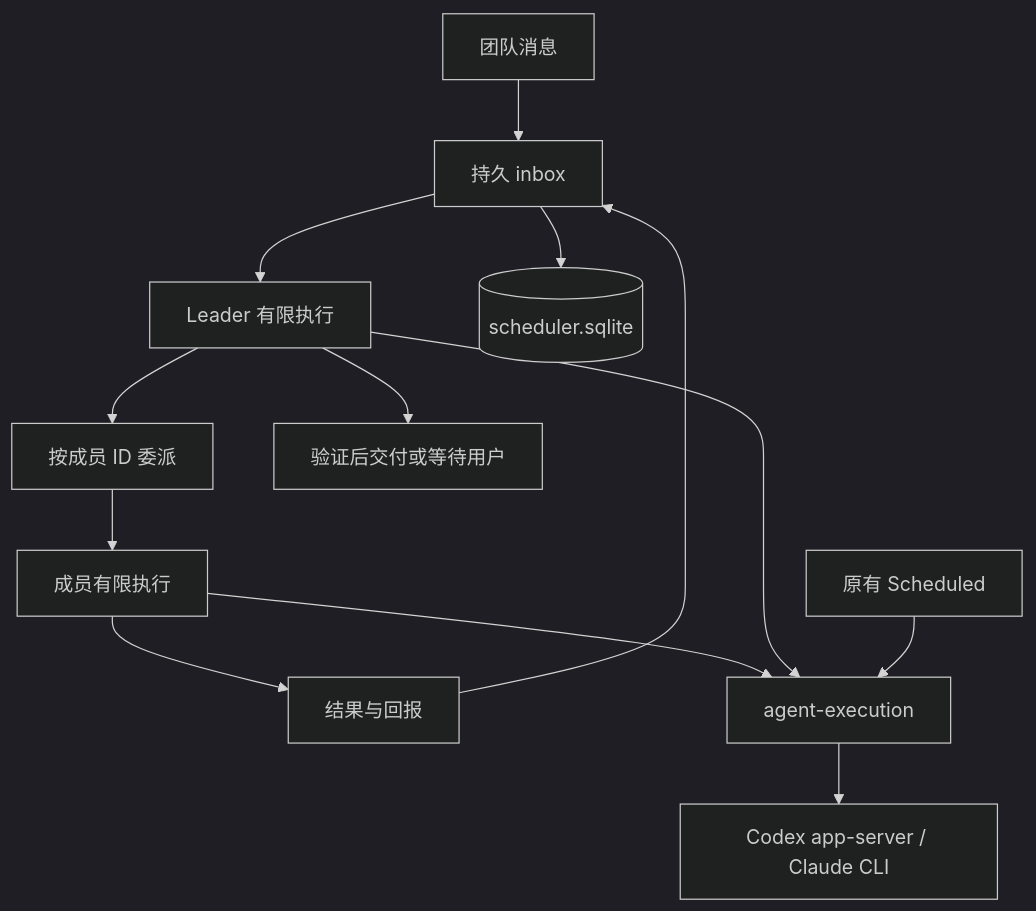
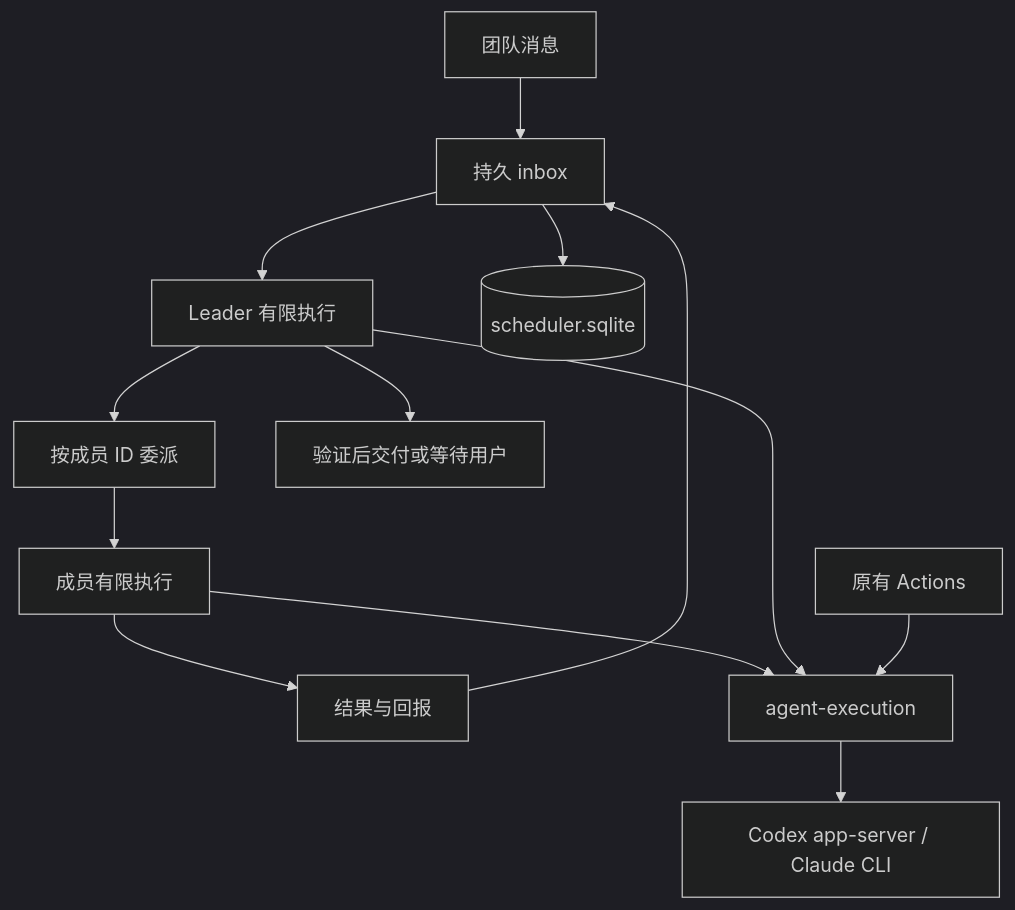
One commit to joisun/tako changed the diagram in docs/agent-loop.md. Above: the diagram before and after it, drawn with Mermaid (dark theme). The commit also changed other lines of this file and 48 other files, not shown here.

````diff
--- a/docs/agent-loop.md
+++ b/docs/agent-loop.md
@@ -86,15 +86,15 @@
 ```mermaid
 flowchart TD
   Chat[团队消息] --> Inbox[持久 inbox]
   Inbox --> Leader[Leader 有限执行]
   Leader --> Delegate[按成员 ID 委派]
   Delegate --> Member[成员有限执行]
   Member --> Result[结果与回报]
   Result --> Inbox
   Leader --> Delivery[验证后交付或等待用户]
   Inbox --> DB[(scheduler.sqlite)]
   Member --> Driver[agent-execution]
   Leader --> Driver
-  Scheduled[原有 Scheduled] --> Driver
+  Actions[原有 Actions] --> Driver
   Driver --> Native[Codex app-server / Claude CLI]
 ```
````
